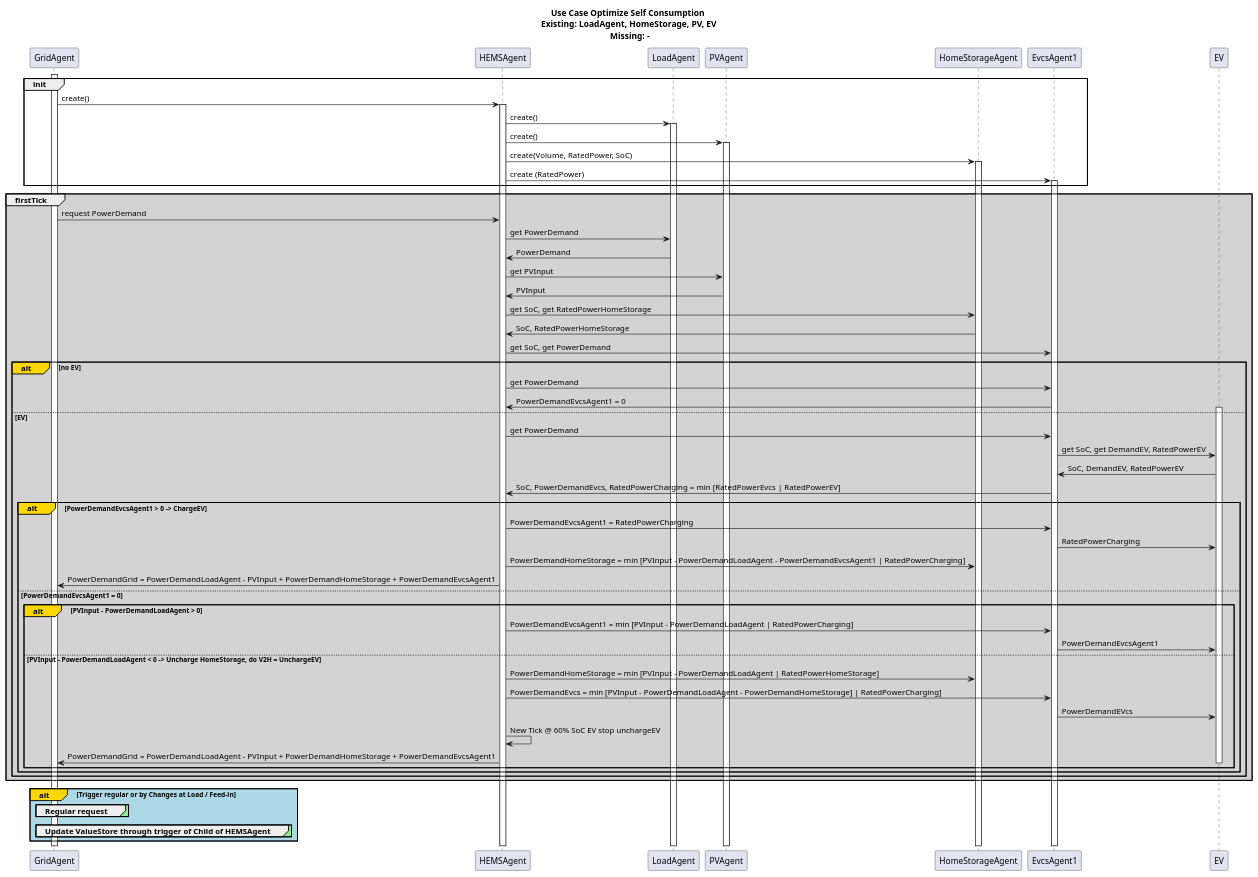
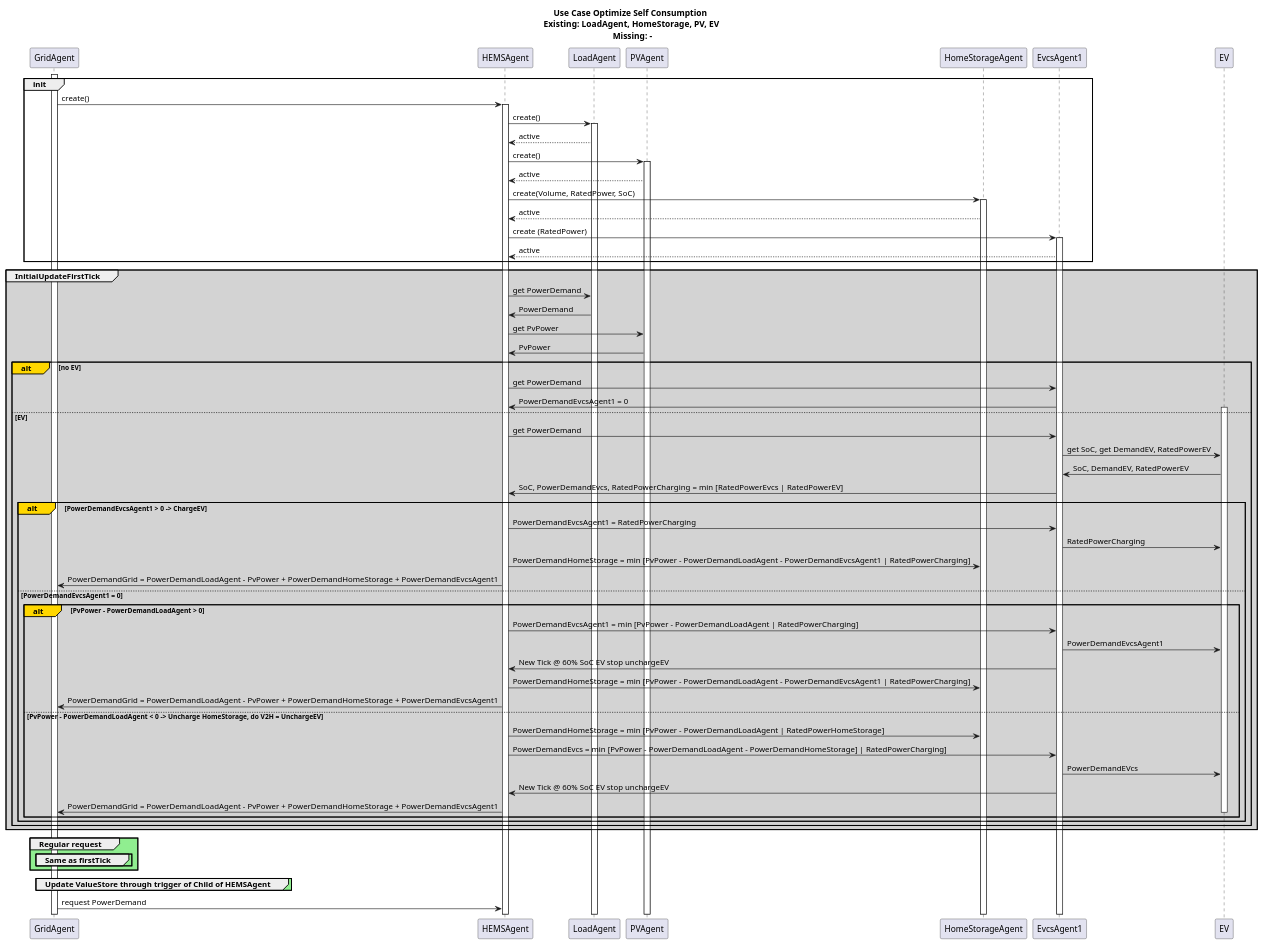
One commit to ie3-institute/simona changed the diagram in docs/uml/protocol/HEMS_Control/HemsControlSelfOptLoadPvStorageEv.puml. Above: the diagram before and after it, drawn with PlantUML.

Commit message:
activate agents

```diff
--- a/docs/uml/protocol/HEMS_Control/HemsControlSelfOptLoadPvStorageEv.puml
+++ b/docs/uml/protocol/HEMS_Control/HemsControlSelfOptLoadPvStorageEv.puml
@@ -1,78 +1,94 @@
 @startuml
+/'
+
+
+New tick 60% by EvcsAgent not HEMSAgent
+
+todo:
+   -
+'/
 title Use Case Optimize Self Consumption \n Existing: LoadAgent, HomeStorage, PV, EV \n Missing: -
 participant GridAgent
 participant HEMSAgent
 participant LoadAgent
 participant PVAgent
 participant HomeStorageAgent
 participant EvcsAgent1
 participant EV
-/'group to be discussed
-    HEMSAgent -> HEMSAgent: a. Charge EV before HomeStorage \n b. first HomeStorage then EV \n c. both at same time?
-        end '/
 group init
     activate GridAgent
     GridAgent -> HEMSAgent: create()
     activate HEMSAgent
+
     HEMSAgent -> LoadAgent: create()
-    activate LoadAgent
+        activate LoadAgent
+        LoadAgent --> HEMSAgent: active
+
     HEMSAgent -> PVAgent: create()
-    activate PVAgent
+        activate PVAgent
+        PVAgent --> HEMSAgent: active
+
     HEMSAgent -> HomeStorageAgent: create(Volume, RatedPower, SoC)
-    activate HomeStorageAgent
+        activate HomeStorageAgent
+        HomeStorageAgent --> HEMSAgent: active
+
+
     HEMSAgent -> EvcsAgent1: create (RatedPower)
-    activate EvcsAgent1
+        activate EvcsAgent1
+        EvcsAgent1 --> HEMSAgent: active
+
     end
-group #LightGrey firstTick
-    GridAgent -> HEMSAgent: request PowerDemand
+
+group #LightGrey InitialUpdateFirstTick
+
     HEMSAgent -> LoadAgent: get PowerDemand
     LoadAgent -> HEMSAgent: PowerDemand
-    HEMSAgent -> PVAgent: get PVInput
-    PVAgent -> HEMSAgent: PVInput
-    HEMSAgent -> HomeStorageAgent: get SoC, get RatedPowerHomeStorage
-    HomeStorageAgent -> HEMSAgent:  SoC, RatedPowerHomeStorage
-    HEMSAgent -> EvcsAgent1: get SoC, get PowerDemand
+    HEMSAgent -> PVAgent: get PvPower
+    PVAgent -> HEMSAgent: PvPower
     alt#Gold no EV
     HEMSAgent -> EvcsAgent1: get PowerDemand
     EvcsAgent1 -> HEMSAgent: PowerDemandEvcsAgent1 = 0
     else EV
     activate EV
         HEMSAgent -> EvcsAgent1: get PowerDemand
         EvcsAgent1 -> EV: get SoC, get DemandEV, RatedPowerEV
         EV -> EvcsAgent1: SoC, DemandEV, RatedPowerEV
         EvcsAgent1 -> HEMSAgent: SoC, PowerDemandEvcs, RatedPowerCharging = min [RatedPowerEvcs  | RatedPowerEV]
         /' If there is Demand of the EV to be charged, this will be fulfilled at max Power
         '/
         alt#Gold PowerDemandEvcsAgent1 > 0 -> ChargeEV
             HEMSAgent -> EvcsAgent1: PowerDemandEvcsAgent1 = RatedPowerCharging
             EvcsAgent1 -> EV: RatedPowerCharging
-            HEMSAgent -> HomeStorageAgent: PowerDemandHomeStorage = min [PVInput - PowerDemandLoadAgent - PowerDemandEvcsAgent1 | RatedPowerCharging]
-            HEMSAgent -> GridAgent: PowerDemandGrid = PowerDemandLoadAgent - PVInput + PowerDemandHomeStorage + PowerDemandEvcsAgent1
+            HEMSAgent -> HomeStorageAgent: PowerDemandHomeStorage = min [PvPower - PowerDemandLoadAgent - PowerDemandEvcsAgent1 | RatedPowerCharging]
+            HEMSAgent -> GridAgent: PowerDemandGrid = PowerDemandLoadAgent - PvPower + PowerDemandHomeStorage + PowerDemandEvcsAgent1
         /' If there is NO Demand of the EV to be charged,
-            if there is more PV then Demand of LoadAgent, EV will be charged with min of PV - DemandLoadAgent or with RatedPowerCharging (Delta to Homestorage or then Feed-in )
+            if there is more PV then Demand of LoadAgent, EV will be charged with min of PV - DemandLoadAgent or with RatedPowerCharging (Delta to Homestorage or then Feed-in ) till SoC of 60%
             if there is less PV then Demand of LoadAgent, HomeStorage will be uncharged, if this isn't enough to avoid taking power from Grid, EV will be uncharged till SoC !=< 60%
             '/
         else PowerDemandEvcsAgent1 = 0
-            alt#Gold PVInput - PowerDemandLoadAgent > 0 /' Soc !< 1 '/
-            HEMSAgent -> EvcsAgent1: PowerDemandEvcsAgent1 = min [PVInput - PowerDemandLoadAgent | RatedPowerCharging]
+            alt#Gold PvPower - PowerDemandLoadAgent > 0 /' Soc !< 1 '/
+            HEMSAgent -> EvcsAgent1: PowerDemandEvcsAgent1 = min [PvPower - PowerDemandLoadAgent | RatedPowerCharging]
             EvcsAgent1 -> EV: PowerDemandEvcsAgent1
-            else PVInput - PowerDemandLoadAgent < 0 -> Uncharge HomeStorage, do V2H = UnchargeEV /' SoC !> 60 '/
-            HEMSAgent -> HomeStorageAgent: PowerDemandHomeStorage = min [PVInput - PowerDemandLoadAgent | RatedPowerHomeStorage] /'TODO it's not minimum should be Minimum of Absolute Value, but preserve the direction of energy flow '/
-            HEMSAgent -> EvcsAgent1: PowerDemandEvcs = min [PVInput - PowerDemandLoadAgent - PowerDemandHomeStorage] | RatedPowerCharging]
+            EvcsAgent1 -> HEMSAgent: New Tick @ 60% SoC EV stop unchargeEV
+            HEMSAgent -> HomeStorageAgent: PowerDemandHomeStorage = min [PvPower - PowerDemandLoadAgent - PowerDemandEvcsAgent1 | RatedPowerCharging]
+            HEMSAgent -> GridAgent: PowerDemandGrid = PowerDemandLoadAgent - PvPower + PowerDemandHomeStorage + PowerDemandEvcsAgent1
+            else PvPower - PowerDemandLoadAgent < 0 -> Uncharge HomeStorage, do V2H = UnchargeEV /' SoC !> 60 '/
+            HEMSAgent -> HomeStorageAgent: PowerDemandHomeStorage = min [PvPower - PowerDemandLoadAgent | RatedPowerHomeStorage] /'TODO it's not minimum should be Minimum of Absolute Value, but preserve the direction of energy flow '/
+            HEMSAgent -> EvcsAgent1: PowerDemandEvcs = min [PvPower - PowerDemandLoadAgent - PowerDemandHomeStorage] | RatedPowerCharging]
             EvcsAgent1 -> EV: PowerDemandEVcs
-            HEMSAgent -> HEMSAgent: New Tick @ 60% SoC EV stop unchargeEV
-            HEMSAgent -> GridAgent: PowerDemandGrid = PowerDemandLoadAgent - PVInput + PowerDemandHomeStorage + PowerDemandEvcsAgent1
+            EvcsAgent1 -> HEMSAgent: New Tick @ 60% SoC EV stop unchargeEV
+            HEMSAgent -> GridAgent: PowerDemandGrid = PowerDemandLoadAgent - PvPower + PowerDemandHomeStorage + PowerDemandEvcsAgent1
             deactivate EV
             end
         end
     end
     end
-
-
-alt#Gold #LightBlue Trigger regular or by Changes at Load / Feed-in
-    group #LightGreen Regular request
+group #LightGreen Regular request
+    group Same as firstTick
     end
-    group #LightGreen Update ValueStore through trigger of Child of HEMSAgent
     end
+group #LightGreen Update ValueStore through trigger of Child of HEMSAgent
+/'TODO needs to be filled'/
 end
+GridAgent -> HEMSAgent: request PowerDemand
 @enduml
```
